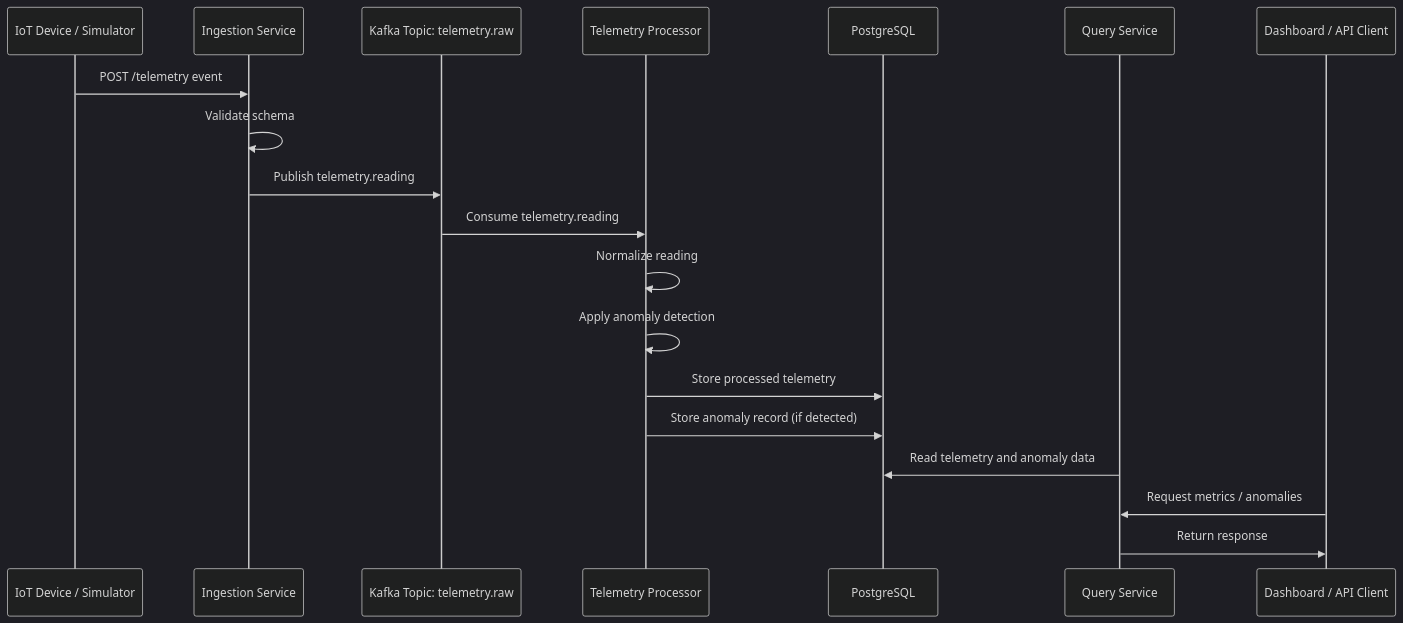
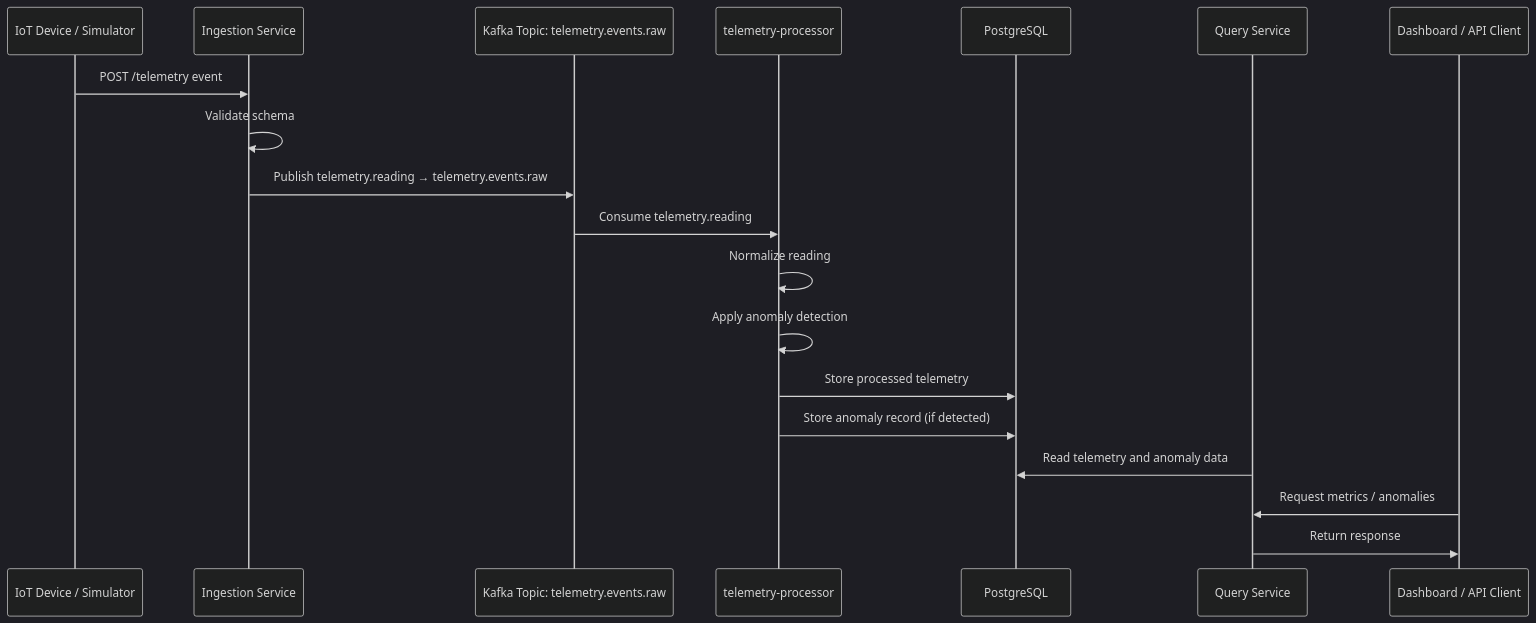
Before and after one commit to ME-Massine/pulsestream: the diagram in docs/diagrams/event-flow.md, drawn with Mermaid (dark theme). The commit also changed other lines of this file and 6 other files, not shown here.

Commit message:
docs: fix diagram naming consistency and align with architecture standard

````diff
--- a/docs/diagrams/event-flow.md
+++ b/docs/diagrams/event-flow.md
@@ -5,22 +5,22 @@
 ```mermaid
 sequenceDiagram
     participant Device as IoT Device / Simulator
     participant Ingestion as Ingestion Service
-    participant Kafka as Kafka Topic: telemetry.raw
-    participant Processor as Telemetry Processor
+    participant Kafka as Kafka Topic: telemetry.events.raw
+    participant Processor as telemetry-processor
     participant DB as PostgreSQL
     participant Query as Query Service
     participant Dashboard as Dashboard / API Client
 
     Device->>Ingestion: POST /telemetry event
     Ingestion->>Ingestion: Validate schema
-    Ingestion->>Kafka: Publish telemetry.reading
+    Ingestion->>Kafka: Publish telemetry.reading → telemetry.events.raw
     Kafka->>Processor: Consume telemetry.reading
     Processor->>Processor: Normalize reading
     Processor->>Processor: Apply anomaly detection
     Processor->>DB: Store processed telemetry
     Processor->>DB: Store anomaly record (if detected)
     Query->>DB: Read telemetry and anomaly data
     Dashboard->>Query: Request metrics / anomalies
     Query->>Dashboard: Return response
 ```
````
